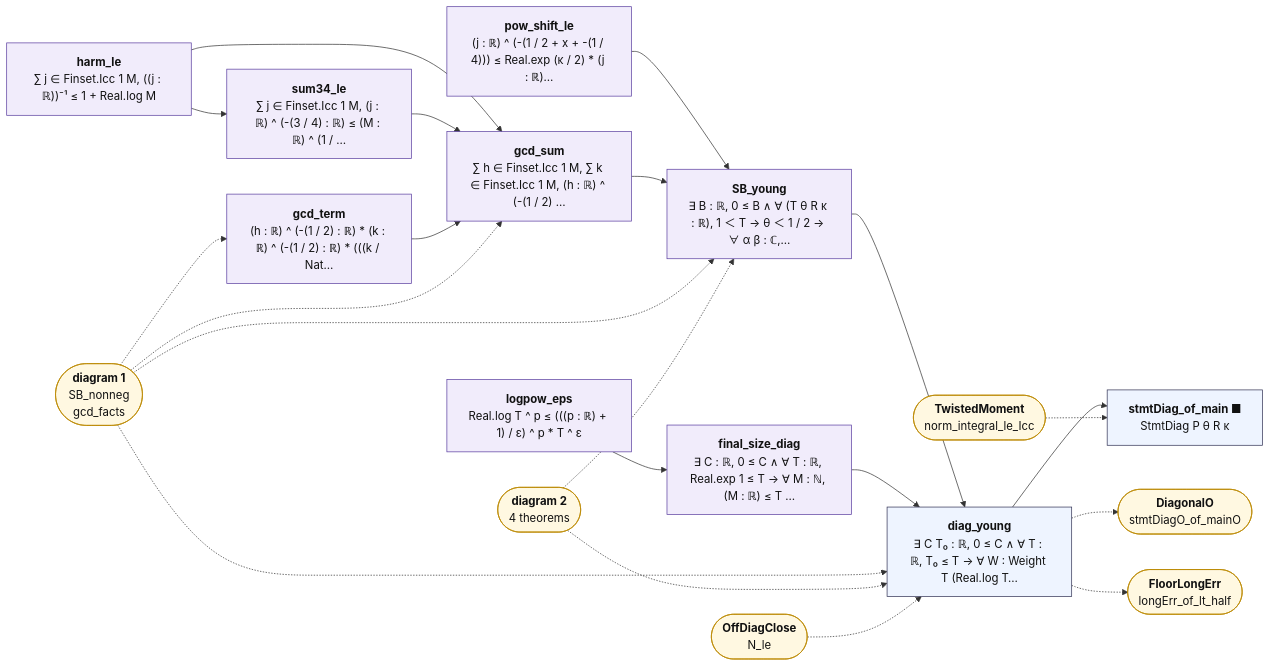
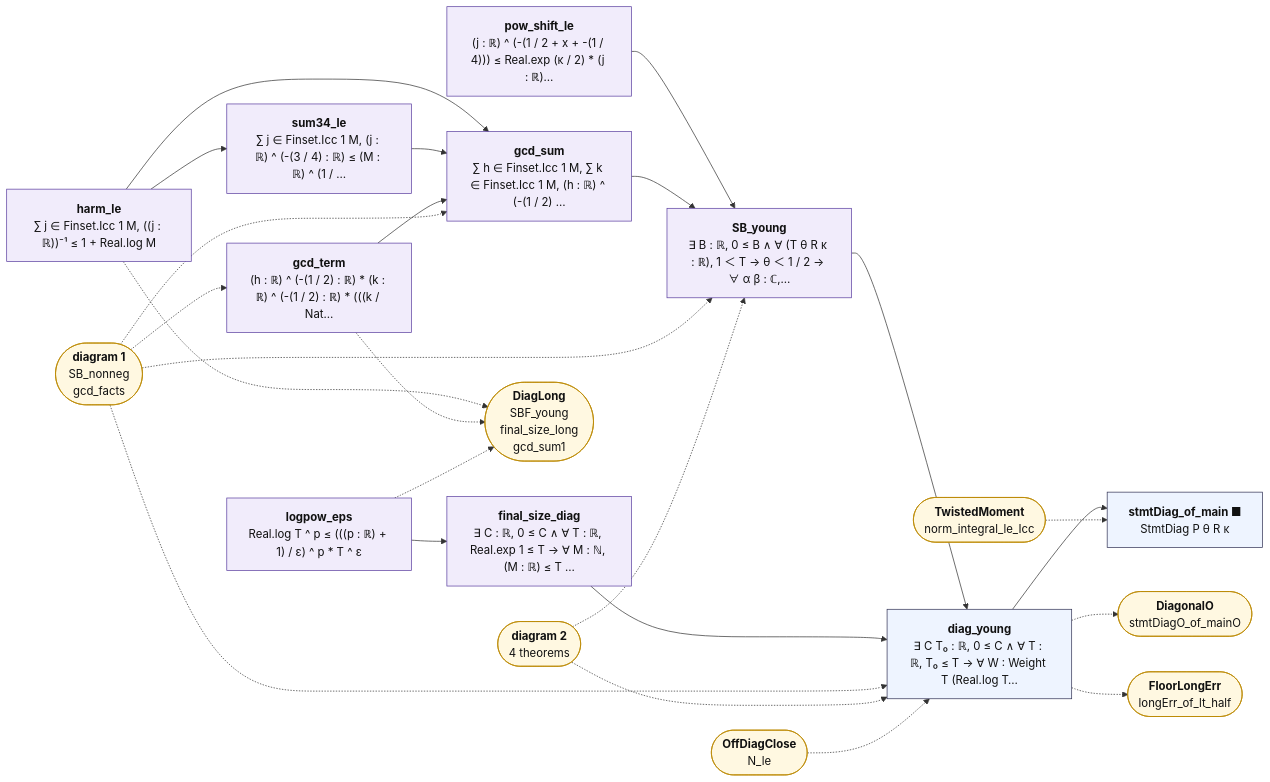
The diagram in map/lean_stage3/Diagonal.3.mmd (juliansambranojr/Primebeat_081426), drawn with Mermaid before and after one commit. The commit also changed 25 other files, not shown here.

```diff
--- a/map/lean_stage3/Diagonal.3.mmd
+++ b/map/lean_stage3/Diagonal.3.mmd
@@ -1,45 +1,49 @@
 flowchart LR
   n0["<b>pow_shift_le</b><br/>(j : ℝ) ^ (-(1 / 2 + x + -(1 / 4))) ≤ Real.exp (κ / 2) * (j : ℝ)…"]:::shp
   n1["<b>harm_le</b><br/>∑ j ∈ Finset.Icc 1 M, ((j : ℝ))⁻¹ ≤ 1 + Real.log M"]:::shp
   n2["<b>sum34_le</b><br/>∑ j ∈ Finset.Icc 1 M, (j : ℝ) ^ (-(3 / 4) : ℝ) ≤ (M : ℝ) ^ (1 / …"]:::shp
   n3["<b>gcd_term</b><br/>(h : ℝ) ^ (-(1 / 2) : ℝ) * (k : ℝ) ^ (-(1 / 2) : ℝ) * (((k / Nat…"]:::shp
   n4["<b>gcd_sum</b><br/>∑ h ∈ Finset.Icc 1 M, ∑ k ∈ Finset.Icc 1 M, (h : ℝ) ^ (-(1 / 2) …"]:::shp
   n5["<b>SB_young</b><br/>∃ B : ℝ, 0 ≤ B ∧ ∀ (T θ R κ : ℝ), 1 ＜ T → θ ＜ 1 / 2 → ∀ α β : ℂ,…"]:::shp
   n6["<b>logpow_eps</b><br/>Real.log T ^ p ≤ (((p : ℝ) + 1) / ε) ^ p * T ^ ε"]:::shp
   n7["<b>final_size_diag</b><br/>∃ C : ℝ, 0 ≤ C ∧ ∀ T : ℝ, Real.exp 1 ≤ T → ∀ M : ℕ, (M : ℝ) ≤ T …"]:::shp
   n8["<b>diag_young</b><br/>∃ C T₀ : ℝ, 0 ≤ C ∧ ∀ T : ℝ, T₀ ≤ T → ∀ W : Weight T (Real.log T…"]:::thm
   n9["<b>stmtDiag_of_main ■</b><br/>StmtDiag P θ R κ"]:::thm
-  x0(["<b>diagram 1</b><br/>SB_nonneg<br/>gcd_facts"]):::ext
-  x1(["<b>diagram 2</b><br/>4 theorems"]):::ext
-  x2(["<b>OffDiagClose</b><br/>N_le"]):::ext
-  x3(["<b>DiagonalO</b><br/>stmtDiagO_of_mainO"]):::ext
-  x4(["<b>FloorLongErr</b><br/>longErr_of_lt_half"]):::ext
-  x5(["<b>TwistedMoment</b><br/>norm_integral_le_Icc"]):::ext
+  x0(["<b>DiagLong</b><br/>SBF_young<br/>final_size_long<br/>gcd_sum1"]):::ext
+  x1(["<b>diagram 1</b><br/>SB_nonneg<br/>gcd_facts"]):::ext
+  x2(["<b>diagram 2</b><br/>4 theorems"]):::ext
+  x3(["<b>OffDiagClose</b><br/>N_le"]):::ext
+  x4(["<b>DiagonalO</b><br/>stmtDiagO_of_mainO"]):::ext
+  x5(["<b>FloorLongErr</b><br/>longErr_of_lt_half"]):::ext
+  x6(["<b>TwistedMoment</b><br/>norm_integral_le_Icc"]):::ext
   n0 --> n5
   n1 --> n2
   n1 --> n4
   n2 --> n4
   n3 --> n4
   n4 --> n5
   n5 --> n8
   n6 --> n7
   n7 --> n8
   n8 --> n9
-  n8 -.-> x3
+  n1 -.-> x0
+  n3 -.-> x0
+  n6 -.-> x0
   n8 -.-> x4
-  x0 -.-> n3
-  x0 -.-> n4
-  x0 -.-> n5
-  x0 -.-> n8
+  n8 -.-> x5
+  x1 -.-> n3
+  x1 -.-> n4
   x1 -.-> n5
   x1 -.-> n8
+  x2 -.-> n5
   x2 -.-> n8
-  x5 -.-> n9
+  x3 -.-> n8
+  x6 -.-> n9
   classDef cnt fill:#dff5ec,stroke:#17694a,color:#111
   classDef shp fill:#f1ecfb,stroke:#5b3fa0,color:#111
   classDef rh fill:#ffe5e5,stroke:#c22,color:#111,stroke-width:2px
   classDef thm fill:#eef4ff,stroke:#335,color:#111
   classDef end_ fill:#e7f7e7,stroke:#2a7,color:#111,stroke-width:2px
   classDef lone fill:#fff,stroke:#999,color:#111,stroke-dasharray:4 3
   classDef bad fill:#ffe5e5,stroke:#c22,color:#111,stroke-width:2px
   classDef ext fill:#fff8e1,stroke:#b80,color:#111
```
